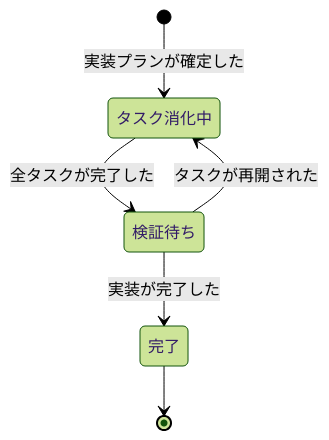
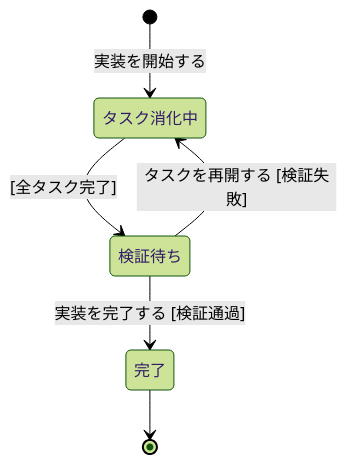
Before and after one commit to kuchita-el/claude-shared-skills: the third of 7 diagrams in docs/development/event-storming.md, drawn with Mermaid (forest theme). The commit also changed other lines of this file, not shown here.

First line of the commit message:
docs(event-storming): mermaid 遷移ラベル規約を R1（コマンド+ガード条件）に統一 (#184)

````diff
--- a/docs/development/event-storming.md
+++ b/docs/development/event-storming.md
@@ -176,8 +184,8 @@
 ```mermaid
 stateDiagram-v2
-    [*] --> タスク消化中: 実装プランが確定した
-    タスク消化中 --> 検証待ち: 全タスクが完了した
-    検証待ち --> 完了: 実装が完了した
-    検証待ち --> タスク消化中: タスクが再開された
+    [*] --> タスク消化中: 実装を開始する
+    タスク消化中 --> 検証待ち: [全タスク完了]
+    検証待ち --> 完了: 実装を完了する [検証通過]
+    検証待ち --> タスク消化中: タスクを再開する [検証失敗]
     完了 --> [*]
 ```
````
